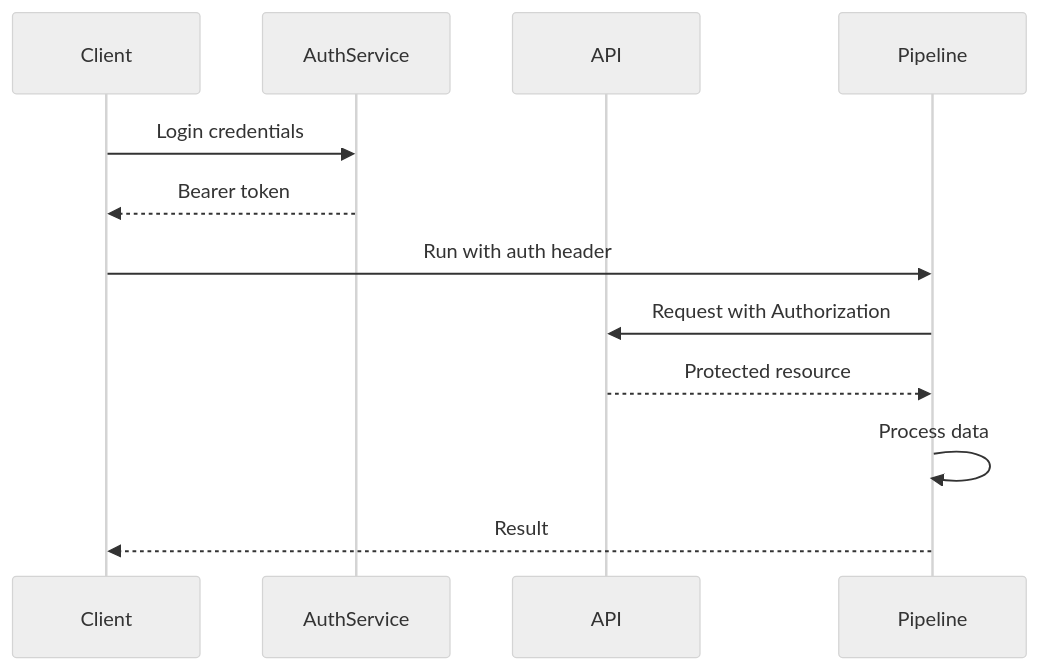
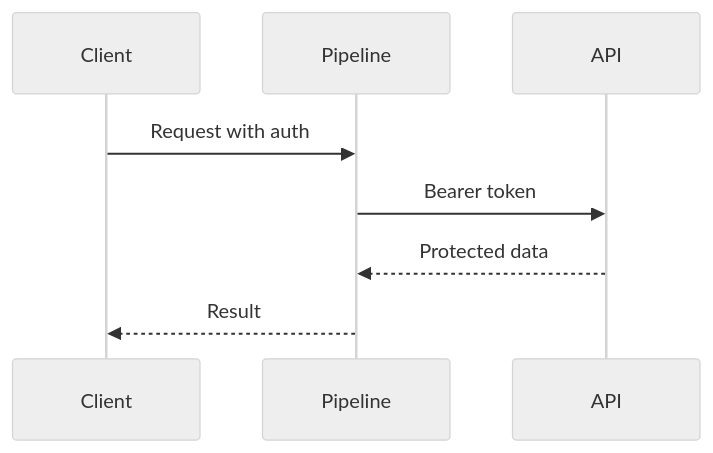
Before and after one commit to wisrovi/wpipe: the second of 5 diagrams in examples/api_pipeline/13_authentication/README.md, drawn with Mermaid (neutral theme). The commit also changed other lines of this file and 20 other files, not shown here.

First line of the commit message:
Simplify Mermaid diagrams for better rendering

````diff
--- a/examples/api_pipeline/13_authentication/README.md
+++ b/examples/api_pipeline/13_authentication/README.md
@@ -23,15 +23,11 @@
 ```mermaid
 sequenceDiagram
-    participant Client
-    participant AuthService
-    participant API
-    participant Pipeline
+    participant C as Client
+    participant P as Pipeline
+    participant A as API
     
-    Client->>AuthService: Login credentials
-    AuthService-->>Client: Bearer token
-    Client->>Pipeline: Run with auth header
-    Pipeline->>API: Request with Authorization
-    API-->>Pipeline: Protected resource
-    Pipeline->>Pipeline: Process data
-    Pipeline-->>Client: Result
+    C->>P: Request with auth
+    P->>A: Bearer token
+    A-->>P: Protected data
+    P-->>C: Result
 ```
````
